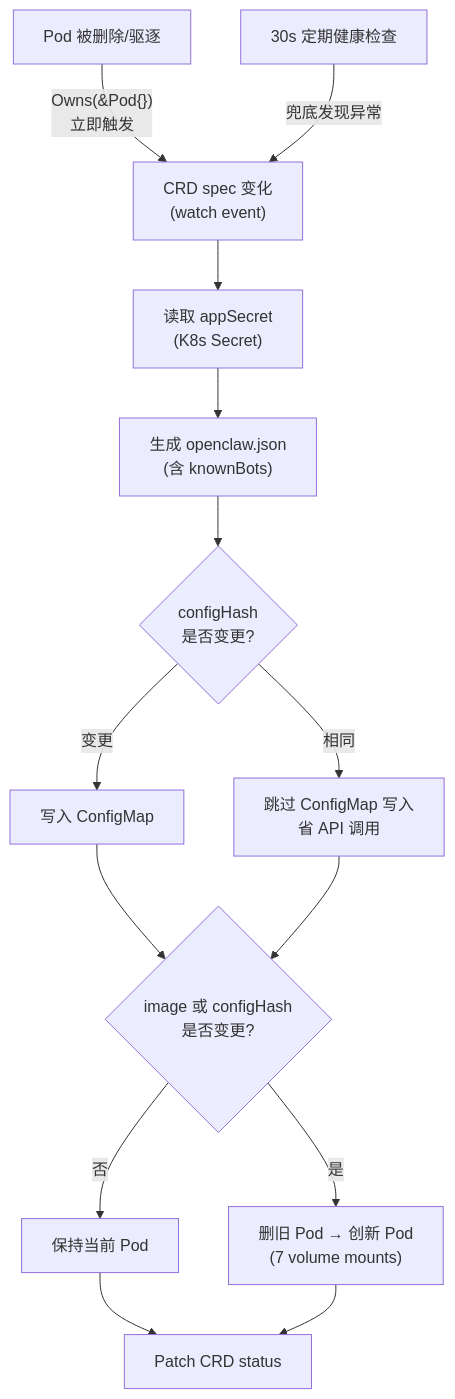
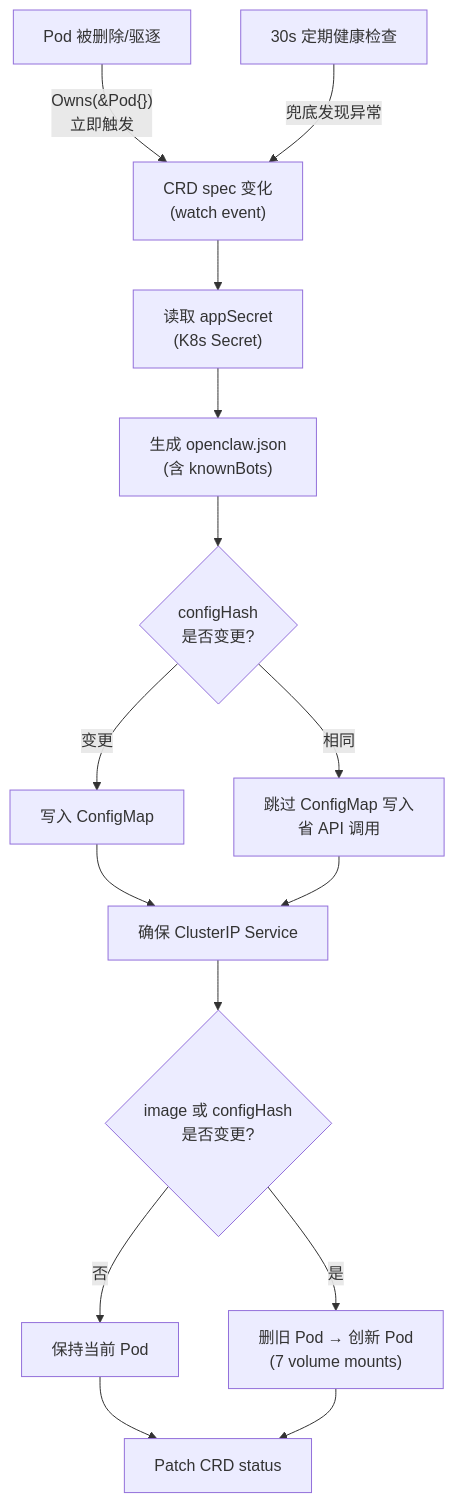
One commit to guangzhou/carher-admin changed the fourth of 9 diagrams in README.md. Above: the diagram before and after it, drawn with Mermaid. The commit also changed other lines of this file and 2 other files, not shown here.

First line of the commit message:
feat: add image tag column to instance list + update docs

````diff
--- a/README.md
+++ b/README.md
@@ -141,17 +176,18 @@
 ```mermaid
 flowchart TD
     A["CRD spec 变化<br/>(watch event)"] --> B["读取 appSecret<br/>(K8s Secret)"]
     B --> C["生成 openclaw.json<br/>(含 knownBots)"]
     C --> D{"configHash<br/>是否变更?"}
     D -->|"相同"| E["跳过 ConfigMap 写入<br/>省 API 调用"]
     D -->|"变更"| F["写入 ConfigMap"]
-    F --> G{"image 或 configHash<br/>是否变更?"}
+    F --> G["确保 ClusterIP Service"]
     E --> G
-    G -->|"否"| H["保持当前 Pod"]
-    G -->|"是"| I["删旧 Pod → 创新 Pod<br/>(7 volume mounts)"]
-    H --> J["Patch CRD status"]
-    I --> J
+    G --> H{"image 或 configHash<br/>是否变更?"}
+    H -->|"否"| I["保持当前 Pod"]
+    H -->|"是"| J["删旧 Pod → 创新 Pod<br/>(7 volume mounts)"]
+    I --> K["Patch CRD status"]
+    J --> K
 
-    K["Pod 被删除/驱逐"] -->|"Owns(&Pod{})<br/>立即触发"| A
-    L["30s 定期健康检查"] -->|"兜底发现异常"| A
+    L["Pod 被删除/驱逐"] -->|"Owns(&Pod{})<br/>立即触发"| A
+    M["30s 定期健康检查"] -->|"兜底发现异常"| A
 ```
````
